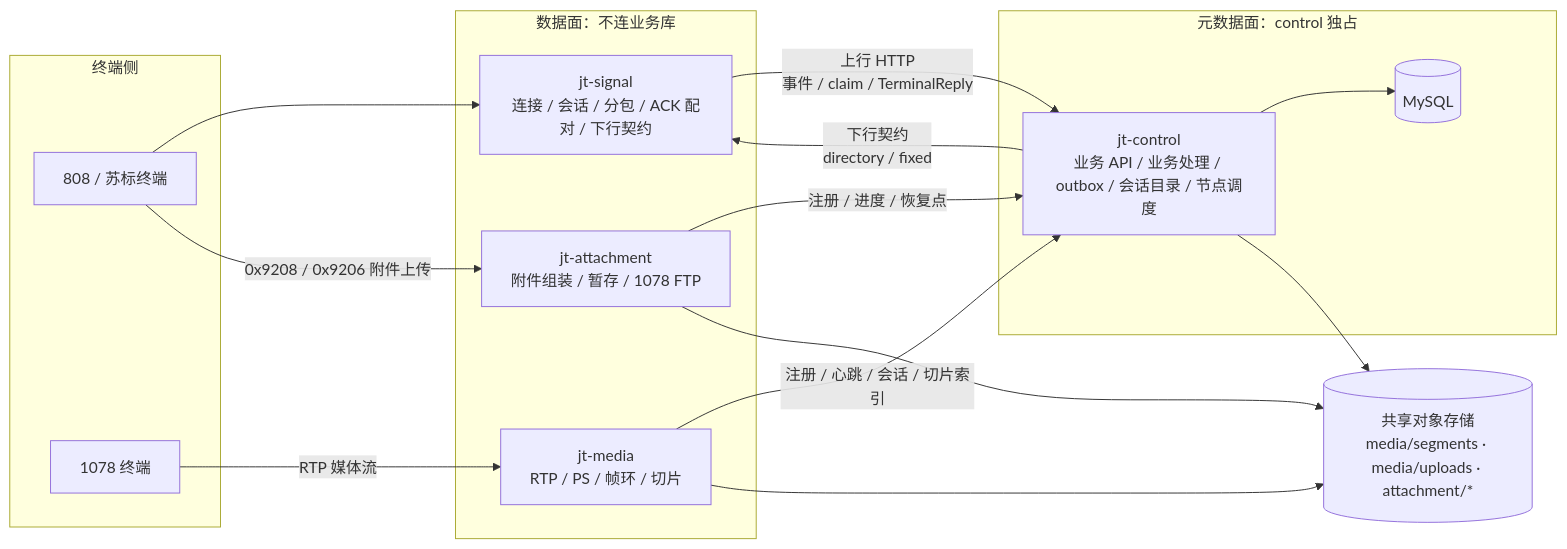
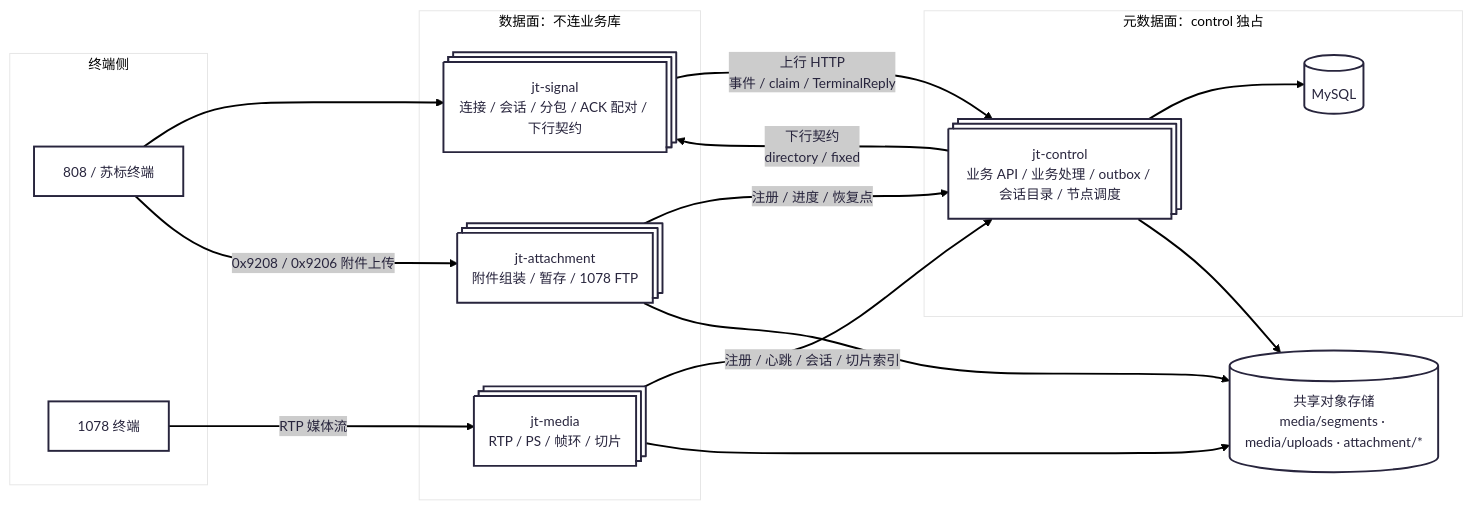
Before and after one commit to fakeyanss/jt808-server-go: the second of 4 diagrams in docs/architecture.md, drawn with Mermaid. The commit also changed other lines of this file, not shown here.

Commit message:
docs: 同步 Mermaid 主题与集群多副本样式
按 README 当前写法，为 architecture.md 的 4 张图统一 redux-color 主题；
集群角色节点使用 procs 形状表示多副本，序列图仅同步主题。

````diff
--- a/docs/architecture.md
+++ b/docs/architecture.md
@@ -77,32 +81,36 @@
 ```mermaid
+---
+config:
+  theme: redux-color
+---
 flowchart LR
     subgraph TERMS["终端侧"]
         T808["808 / 苏标终端"]
         T1078["1078 终端"]
     end
 
     subgraph DATA["数据面：不连业务库"]
-        GW["jt-signal<br/>连接 / 会话 / 分包 / ACK 配对 / 下行契约"]
-        MED["jt-media<br/>RTP / PS / 帧环 / 切片"]
-        ATT["jt-attachment<br/>附件组装 / 暂存 / 1078 FTP"]
+        GW["jt-signal<br/>连接 / 会话 / 分包 / ACK 配对 / 下行契约"]@{ shape: procs }
+        MED["jt-media<br/>RTP / PS / 帧环 / 切片"]@{ shape: procs }
+        ATT["jt-attachment<br/>附件组装 / 暂存 / 1078 FTP"]@{ shape: procs }
     end
 
     subgraph META["元数据面：control 独占"]
-        CTL["jt-control<br/>业务 API / 业务处理 / outbox / 会话目录 / 节点调度"]
+        CTL["jt-control<br/>业务 API / 业务处理 / outbox / 会话目录 / 节点调度"]@{ shape: procs }
         DB[("MySQL")]
         CTL --> DB
     end
 
     OBJ[("共享对象存储<br/>media/segments · media/uploads · attachment/*")]
 
     T808 --> GW
     T808 -- "0x9208 / 0x9206 附件上传" --> ATT
     T1078 -- "RTP 媒体流" --> MED
     GW -- "上行 HTTP<br/>事件 / claim / TerminalReply" --> CTL
     CTL -- "下行契约<br/>directory / fixed" --> GW
     MED -- "注册 / 心跳 / 会话 / 切片索引" --> CTL
     ATT -- "注册 / 进度 / 恢复点" --> CTL
     MED --> OBJ
     ATT --> OBJ
     CTL --> OBJ
 ```
````
